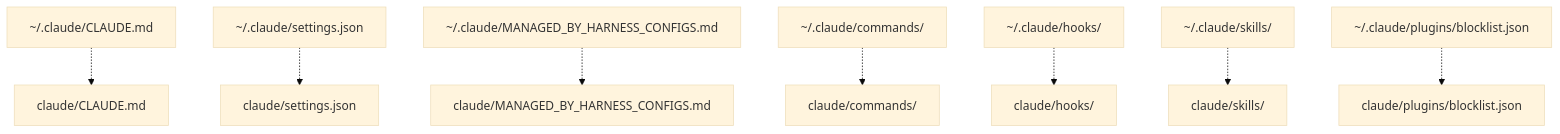
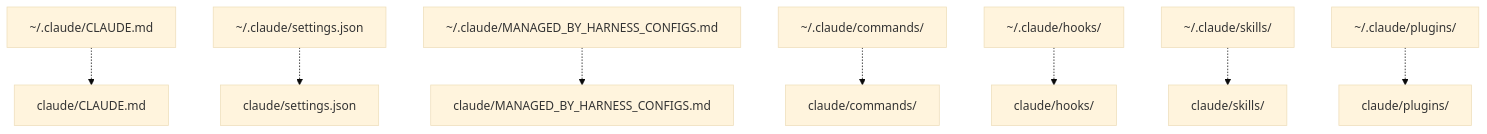
The third of 4 diagrams in docs/symlinking.md (kirinmurphy/agent_harness_configs), drawn with Mermaid (base theme) before and after one commit. The commit also changed 13 other files, not shown here.

````diff
--- a/docs/symlinking.md
+++ b/docs/symlinking.md
@@ -56,10 +56,10 @@
 ```mermaid
 flowchart TB
   h1["~/.claude/CLAUDE.md"] -.-> r1["claude/CLAUDE.md"]
   h2["~/.claude/settings.json"] -.-> r2["claude/settings.json"]
   h3["~/.claude/MANAGED_BY_HARNESS_CONFIGS.md"] -.-> r3["claude/MANAGED_BY_HARNESS_CONFIGS.md"]
   h4["~/.claude/commands/"] -.-> r4["claude/commands/"]
   h5["~/.claude/hooks/"] -.-> r5["claude/hooks/"]
   h6["~/.claude/skills/"] -.-> r6["claude/skills/"]
-  h7["~/.claude/plugins/blocklist.json"] -.-> r7["claude/plugins/blocklist.json"]
+  h7["~/.claude/plugins/"] -.-> r7["claude/plugins/"]
 ```
````
